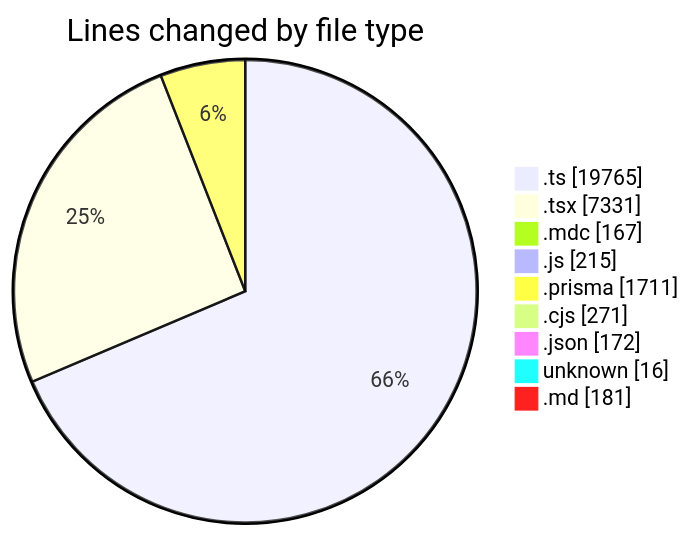
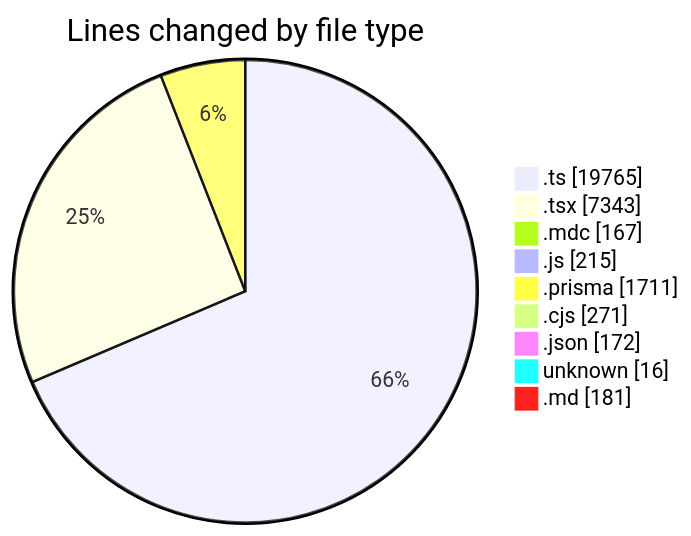
The first of 2 diagrams in 2025-06-06/ecodeli-1/README.md (CELIANVF/code-tracking), drawn with Mermaid before and after one commit. The commit also changed other lines of this file and 1 other file, not shown here.

````diff
--- a/2025-06-06/ecodeli-1/README.md
+++ b/2025-06-06/ecodeli-1/README.md
@@ -103,13 +103,13 @@
 ```mermaid
 pie showData
 title Lines changed by file type
 ".ts" : 19765
-".tsx" : 7331
+".tsx" : 7343
 ".mdc" : 167
 ".js" : 215
 ".prisma" : 1711
 ".cjs" : 271
 ".json" : 172
 "unknown" : 16
 ".md" : 181
 ```
````
